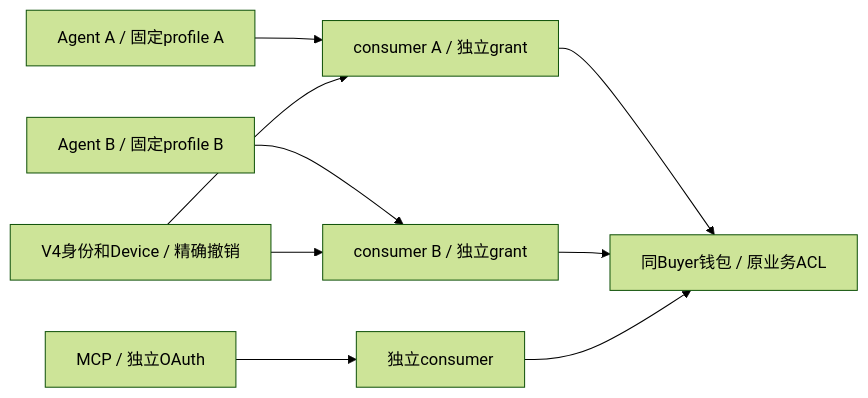
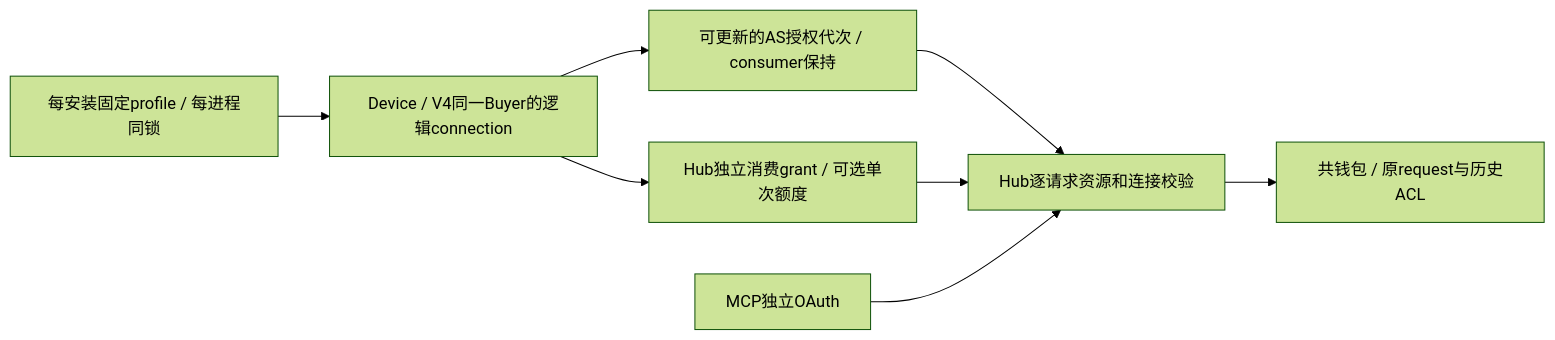
One commit to itpay-ai/cli changed the second of 2 diagrams in docs/ARCHITECTURE.md. Above: the diagram before and after it, drawn with Mermaid (forest theme). The commit also changed other lines of this file and 3 other files, not shown here.

````diff
--- a/docs/ARCHITECTURE.md
+++ b/docs/ARCHITECTURE.md
@@ -51,11 +51,10 @@
 ```mermaid
 flowchart LR
- A[Agent A / 固定profile A] --> C[consumer A / 独立grant]
- B[Agent B / 固定profile B] --> E[consumer B / 独立grant]
- M[MCP / 独立OAuth] --> H[独立consumer]
- V[V4身份和Device / 精确撤销] --> C
- V --> E
- C --> W[同Buyer钱包 / 原业务ACL]
- E --> W
- H --> W
+ P[每安装固定profile / 每进程同锁] --> O[Device / V4同一Buyer的逻辑connection]
+ O --> C[可更新的AS授权代次 / consumer保持]
+ O --> G[Hub独立消费grant / 可选单次额度]
+ C --> H[Hub逐请求资源和连接校验]
+ G --> H
+ H --> W[共钱包 / 原request与历史ACL]
+ M[MCP独立OAuth] --> H
 ```
````
